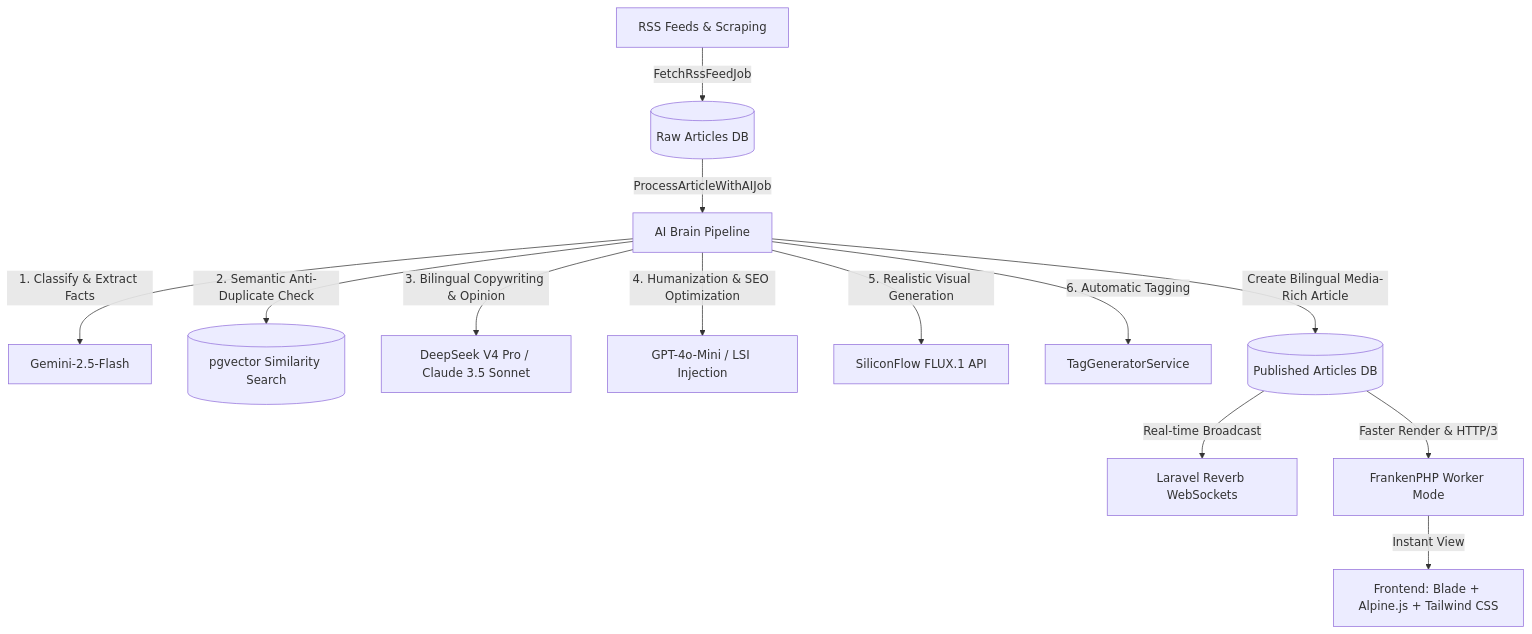
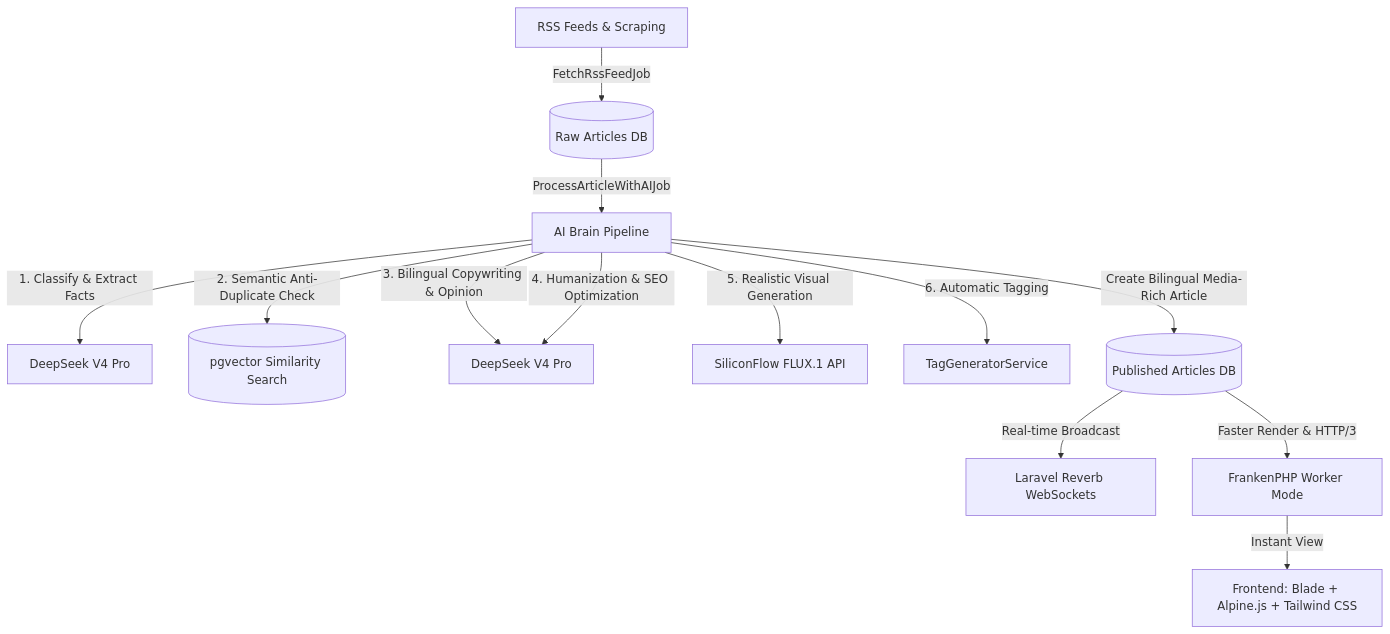
Before and after one commit to funcion/news: the first of 2 diagrams in docs/task/PROJECT_ANALYSIS.md, drawn with Mermaid. The commit also changed other lines of this file and 5 other files, not shown here.

````diff
--- a/docs/task/PROJECT_ANALYSIS.md
+++ b/docs/task/PROJECT_ANALYSIS.md
@@ -11,17 +11,17 @@
 ```mermaid
 graph TD
     A[RSS Feeds & Scraping] -->|FetchRssFeedJob| B[(Raw Articles DB)]
     B -->|ProcessArticleWithAIJob| C[AI Brain Pipeline]
     
-    C -->|1. Classify & Extract Facts| D[Gemini-2.5-Flash]
+    C -->|1. Classify & Extract Facts| D[DeepSeek V4 Pro]
     C -->|2. Semantic Anti-Duplicate Check| E[(pgvector Similarity Search)]
-    C -->|3. Bilingual Copywriting & Opinion| F[DeepSeek V4 Pro / Claude 3.5 Sonnet]
-    C -->|4. Humanization & SEO Optimization| G[GPT-4o-Mini / LSI Injection]
+    C -->|3. Bilingual Copywriting & Opinion| F[DeepSeek V4 Pro]
+    C -->|4. Humanization & SEO Optimization| F
     C -->|5. Realistic Visual Generation| H[SiliconFlow FLUX.1 API]
     C -->|6. Automatic Tagging| I[TagGeneratorService]
     
     C -->|Create Bilingual Media-Rich Article| J[(Published Articles DB)]
     J -->|Real-time Broadcast| K[Laravel Reverb WebSockets]
     J -->|Faster Render & HTTP/3| L[FrankenPHP Worker Mode]
     L -->|Instant View| M[Frontend: Blade + Alpine.js + Tailwind CSS]
 ```
````
